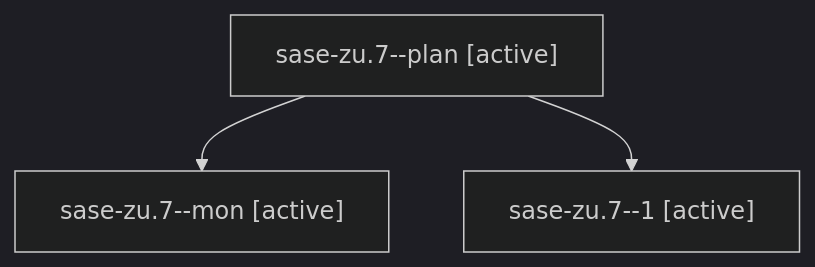
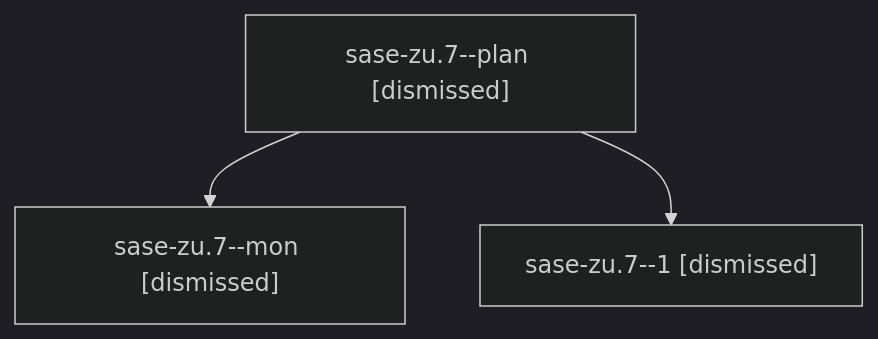
The diagram in sessions/bbugyi200.athena.sase-zu.7.md (sase-org/sase--agents), drawn with Mermaid (dark theme) before and after one commit. The commit also changed other lines of this file and 209 other files, not shown here.

````diff
--- a/sessions/bbugyi200.athena.sase-zu.7.md
+++ b/sessions/bbugyi200.athena.sase-zu.7.md
@@ -9,8 +9,8 @@
 ```mermaid
 flowchart TD
-  n0["sase-zu.7--plan [active]"]
-  n1["sase-zu.7--mon [active]"]
+  n0["sase-zu.7--plan [dismissed]"]
+  n1["sase-zu.7--mon [dismissed]"]
   n0 --> n1
-  n2["sase-zu.7--1 [active]"]
+  n2["sase-zu.7--1 [dismissed]"]
   n0 --> n2
 ```
````
